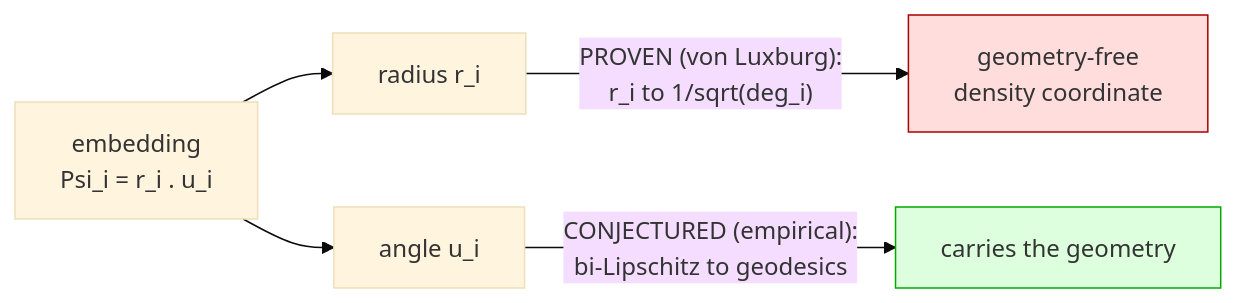
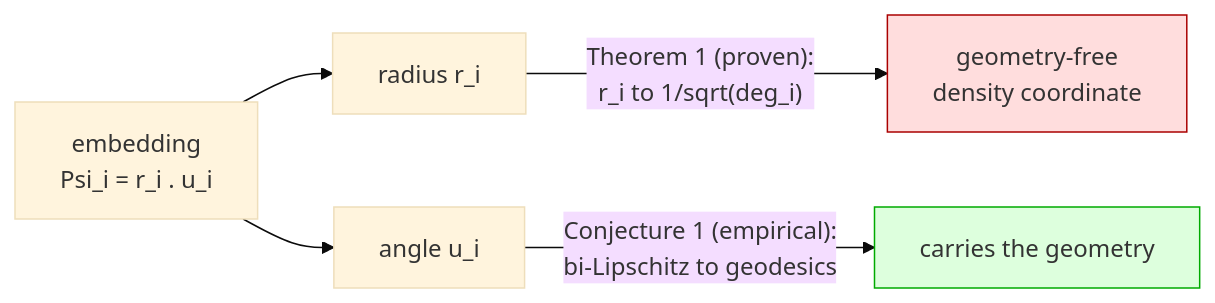
One commit to ahb-sjsu/the-angular-observer changed the diagram in paper/paper.md. Above: the diagram before and after it, drawn with Mermaid (base theme). The commit also changed other lines of this file and 3 other files, not shown here.

````diff
--- a/paper/paper.md
+++ b/paper/paper.md
@@ -128,9 +149,9 @@
 ```mermaid
 flowchart LR
     Psi["embedding<br/>Psi_i = r_i . u_i"] --> r["radius r_i"]
     Psi --> u["angle u_i"]
-    r -->|"PROVEN (von Luxburg):<br/>r_i to 1/sqrt(deg_i)"| dead["geometry-free<br/>density coordinate"]
-    u -->|"CONJECTURED (empirical):<br/>bi-Lipschitz to geodesics"| alive["carries the geometry"]
+    r -->|"Theorem 1 (proven):<br/>r_i to 1/sqrt(deg_i)"| dead["geometry-free<br/>density coordinate"]
+    u -->|"Conjecture 1 (empirical):<br/>bi-Lipschitz to geodesics"| alive["carries the geometry"]
     style alive fill:#ddffdd,stroke:#00aa00
     style dead fill:#ffdddd,stroke:#aa0000
 ```
````
